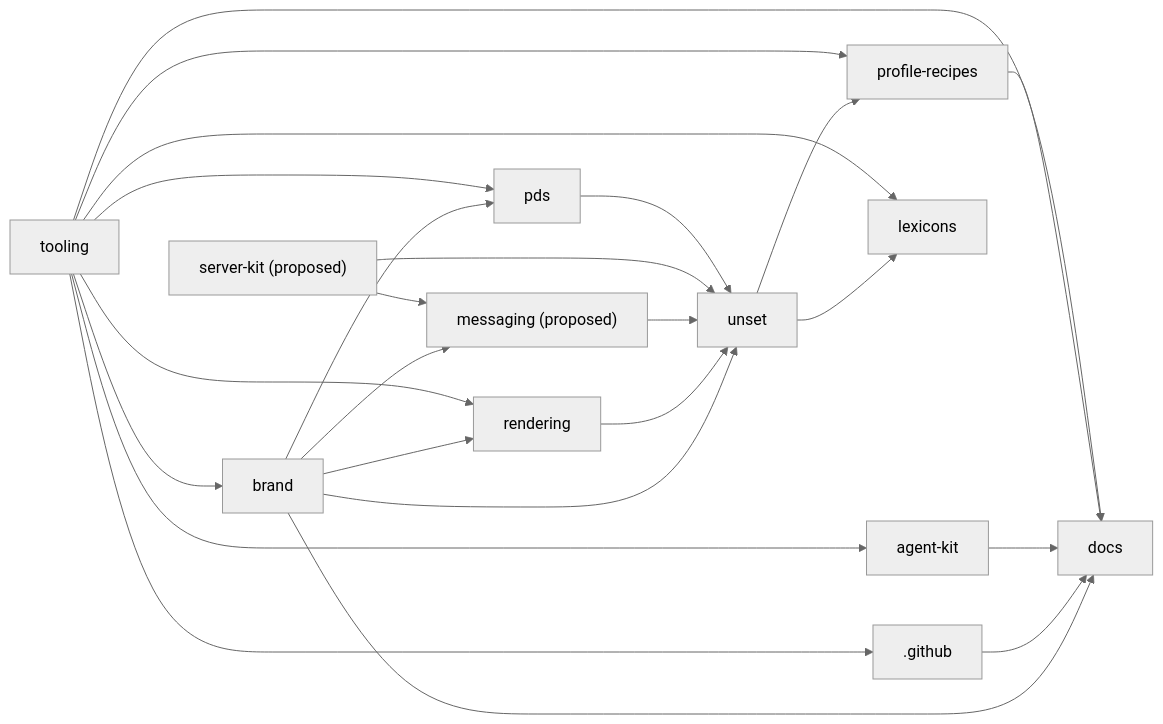
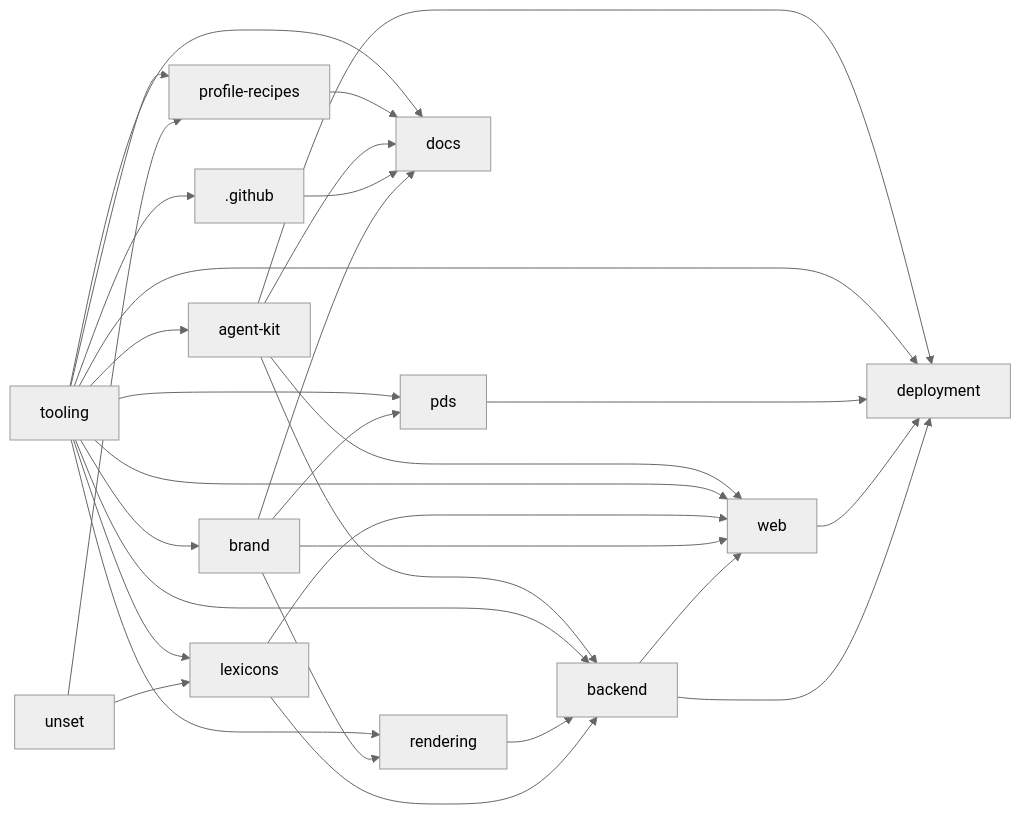
The diagram in MAP.md (unset-sh/.github), drawn with Mermaid (neutral theme) before and after one commit. The commit also changed other lines of this file and 2 other files, not shown here.

````diff
--- a/MAP.md
+++ b/MAP.md
@@ -32,38 +33,46 @@
 ```mermaid
 flowchart LR
+  r_web["web"]
+  r_backend["backend"]
+  r_deployment["deployment"]
   r_unset["unset"]
   r__github[".github"]
   r_tooling["tooling"]
   r_brand["brand"]
   r_rendering["rendering"]
   r_profile_recipes["profile-recipes"]
   r_docs["docs"]
   r_pds["pds"]
   r_lexicons["lexicons"]
-  r_messaging["messaging (proposed)"]
-  r_server_kit["server-kit (proposed)"]
   r_agent_kit["agent-kit"]
-  r_brand --> r_unset
-  r_rendering --> r_unset
-  r_messaging --> r_unset
-  r_server_kit --> r_unset
-  r_pds --> r_unset
+  r_backend --> r_web
+  r_brand --> r_web
+  r_lexicons --> r_web
+  r_tooling --> r_web
+  r_agent_kit --> r_web
+  r_lexicons --> r_backend
+  r_rendering --> r_backend
+  r_tooling --> r_backend
+  r_agent_kit --> r_backend
+  r_backend --> r_deployment
+  r_web --> r_deployment
+  r_pds --> r_deployment
+  r_tooling --> r_deployment
+  r_agent_kit --> r_deployment
   r_tooling --> r__github
   r_tooling --> r_brand
   r_brand --> r_rendering
   r_tooling --> r_rendering
   r_unset --> r_profile_recipes
   r_tooling --> r_profile_recipes
   r_brand --> r_docs
   r__github --> r_docs
   r_agent_kit --> r_docs
   r_profile_recipes --> r_docs
   r_tooling --> r_docs
   r_brand --> r_pds
   r_tooling --> r_pds
   r_unset --> r_lexicons
   r_tooling --> r_lexicons
-  r_brand --> r_messaging
-  r_server_kit --> r_messaging
   r_tooling --> r_agent_kit
 ```
````
